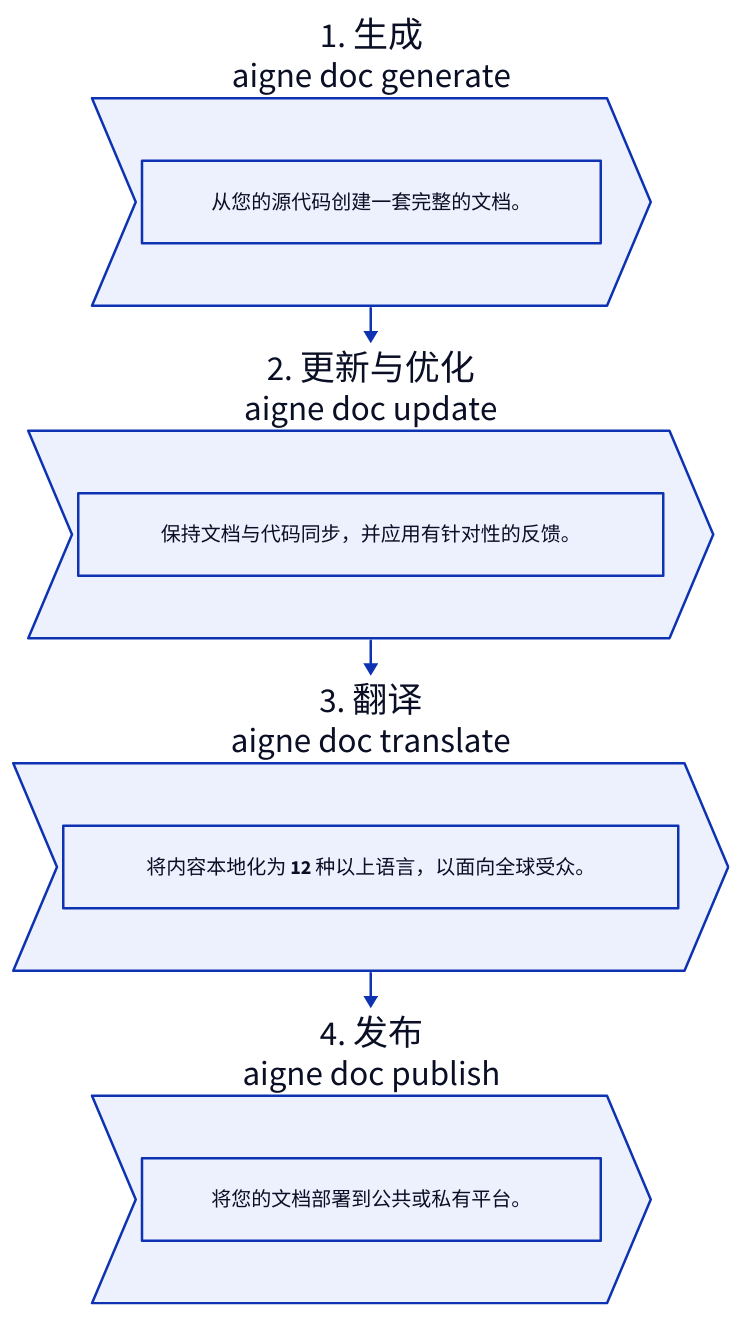
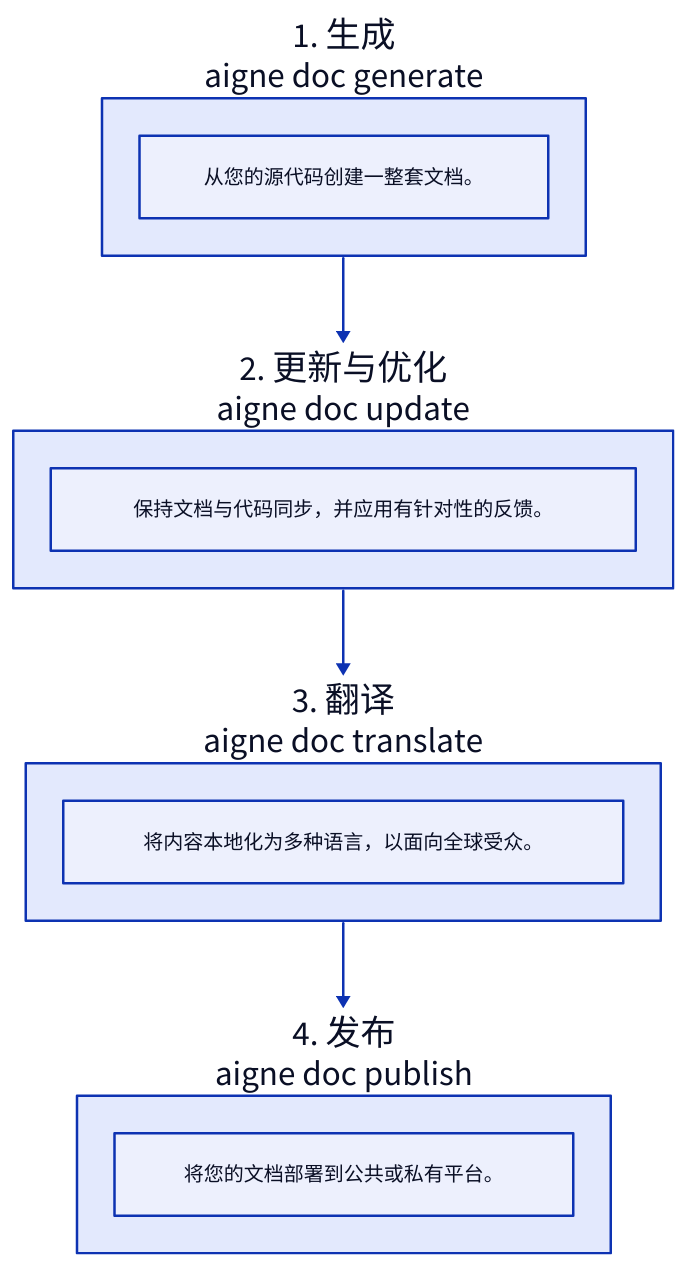
The diagram in docs/features.zh.md (AIGNE-io/aigne-doc-smith), drawn with D2 before and after one commit. The commit also changed other lines of this file and 35 other files, not shown here.

````diff
--- a/docs/features.zh.md
+++ b/docs/features.zh.md
@@ -11,29 +5,29 @@
 ```d2
 direction: down
 
 Generate: {
   label: "1. 生成\naigne doc generate"
-  shape: step
-  description: "从您的源代码创建一套完整的文档。"
+  shape: rectangle
+  description: "从您的源代码创建一整套文档。"
 }
 
 Refine: {
   label: "2. 更新与优化\naigne doc update"
-  shape: step
+  shape: rectangle
   description: "保持文档与代码同步，并应用有针对性的反馈。"
 }
 
 Translate: {
   label: "3. 翻译\naigne doc translate"
-  shape: step
-  description: "将内容本地化为 12 种以上语言，以面向全球受众。"
+  shape: rectangle
+  description: "将内容本地化为多种语言，以面向全球受众。"
 }
 
 Publish: {
   label: "4. 发布\naigne doc publish"
-  shape: step
+  shape: rectangle
   description: "将您的文档部署到公共或私有平台。"
 }
 
 Generate -> Refine -> Translate -> Publish
 ```
````
